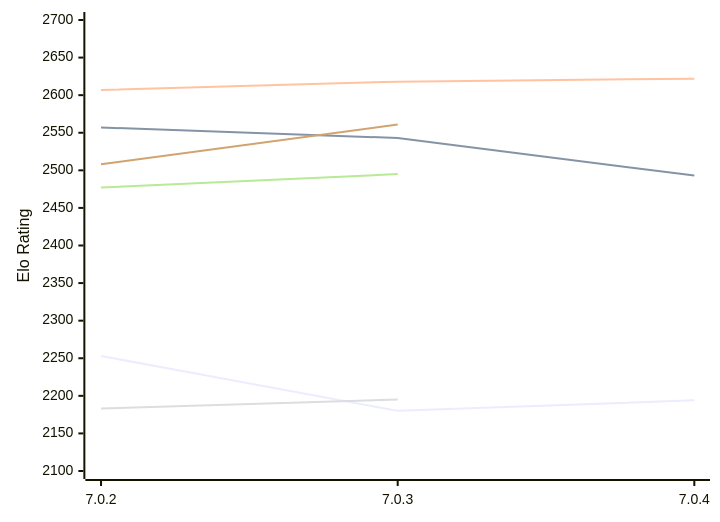
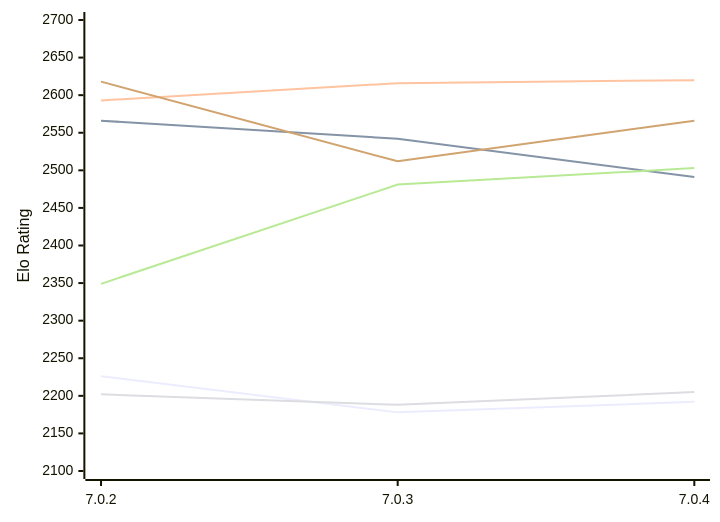
Before and after one commit to computer-chess-index/cci: the diagram in engines/Buster.md, drawn with Mermaid. The commit also changed other lines of this file, not shown here.

Commit message:
Update CCI Ratings (ELO VLTC) - 2026-11-23

````diff
--- a/engines/Buster.md
+++ b/engines/Buster.md
@@ -50,12 +51,12 @@
 ```mermaid
 %%{init: {"theme":"base","themeVariables":{"seriesColors:['#a3a3a3','#222221','#faa371']}}}%%
 xychart-beta
   x-axis ["7.0.2", "7.0.3", "7.0.4"]
   y-axis "Elo Rating" 2100 --> 2700
-  line "E1: STC (8.0+0.08s)" [2253, 2180, 2194]
-  line "E1: LTC (60.0+0.60s)" [2557, 2543, 2493]
-  line "E1: VLTC (2m24s+1.12s)" [2607, 2618, 2622]
-  line "P1: STC (8.0+0.08s)" [2183, 2195]
-  line "P1: LTC (60.0+0.60s)" [2477, 2495]
-  line "P1: VLTC (2m24s+1.12s)" [2508, 2561]
+  line "E1: STC (8.0+0.08s)" [2226, 2178, 2192]
+  line "E1: LTC (60.0+0.60s)" [2566, 2542, 2491]
+  line "E1: VLTC (2m24s+1.12s)" [2593, 2616, 2620]
+  line "P1: STC (8.0+0.08s)" [2202, 2188, 2205]
+  line "P1: LTC (60.0+0.60s)" [2349, 2481, 2503]
+  line "P1: VLTC (2m24s+1.12s)" [2618, 2512, 2566]
 ```
````
